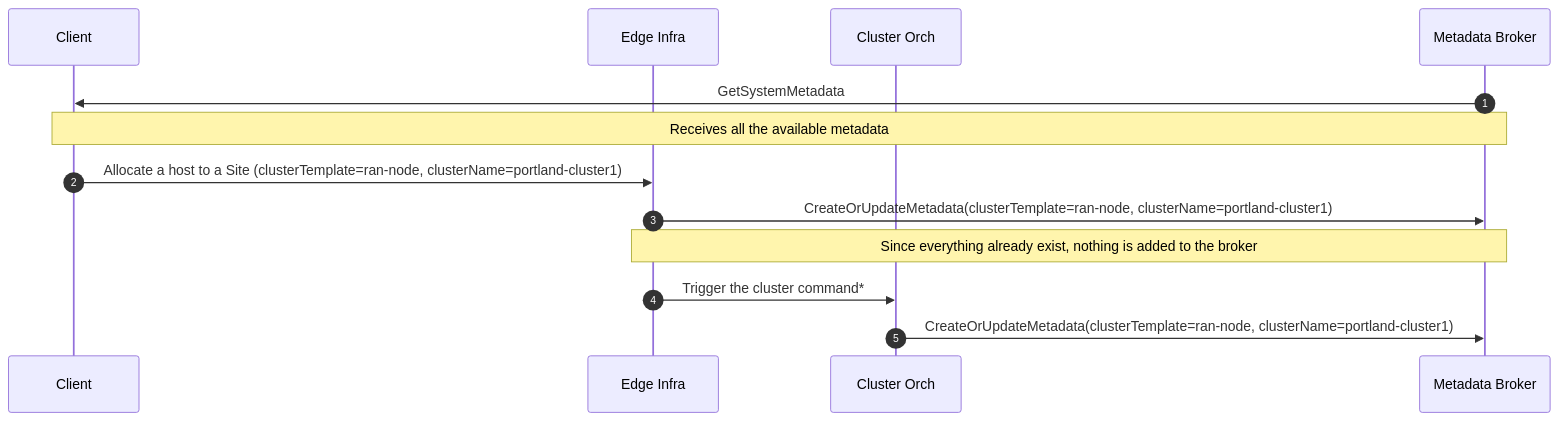
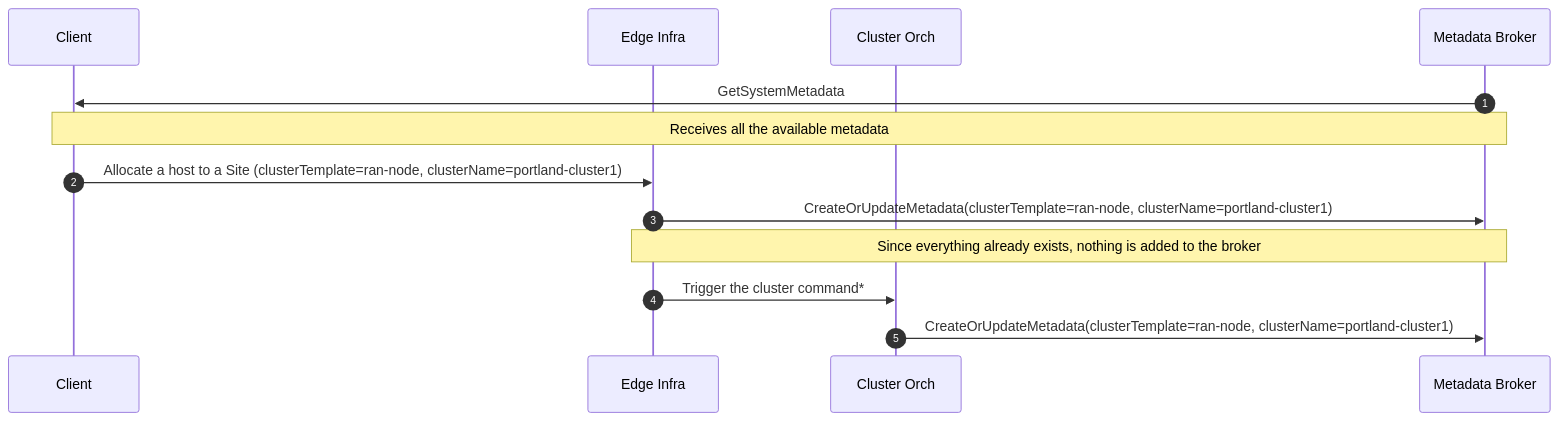
Before and after one commit to open-edge-platform/orch-metadata-broker: the sixth of 7 diagrams in docs/metadata-broker.md, drawn with Mermaid. The commit also changed other lines of this file and 4 other files, not shown here.

````diff
--- a/docs/metadata-broker.md
+++ b/docs/metadata-broker.md
@@ -165,17 +211,17 @@
 ```mermaid
 sequenceDiagram
     autonumber
     participant client as Client
     participant infra as Edge Infra
     participant lpc as Cluster Orch
     participant mdb as Metadata Broker
 
     mdb->>client: GetSystemMetadata
     Note over mdb,client: Receives all the available metadata
     client->>infra: Allocate a host to a Site (clusterTemplate=ran-node, clusterName=portland-cluster1)
     infra->>mdb: CreateOrUpdateMetadata(clusterTemplate=ran-node, clusterName=portland-cluster1)
-    Note over infra,mdb: Since everything already exist, nothing is added to the broker
+    Note over infra,mdb: Since everything already exists, nothing is added to the broker
 
     infra->>lpc: Trigger the cluster command*
     lpc->>mdb: CreateOrUpdateMetadata(clusterTemplate=ran-node, clusterName=portland-cluster1)
 ```
````
